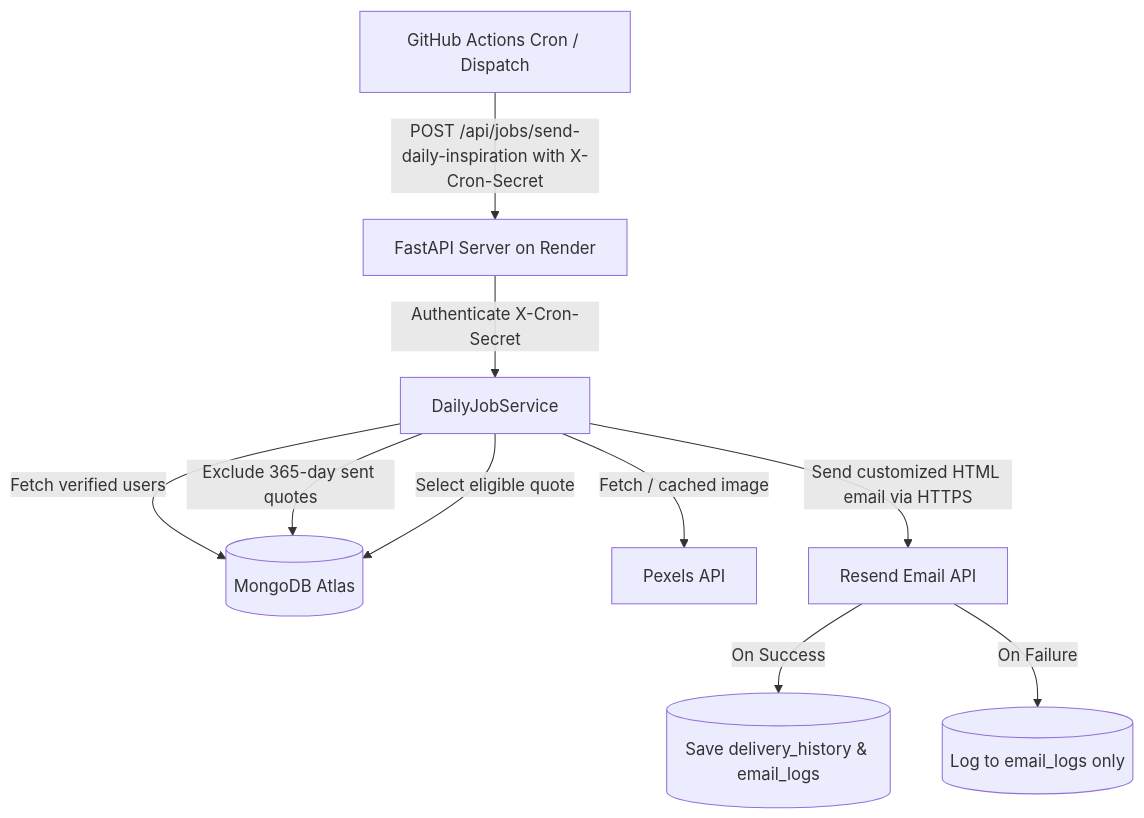
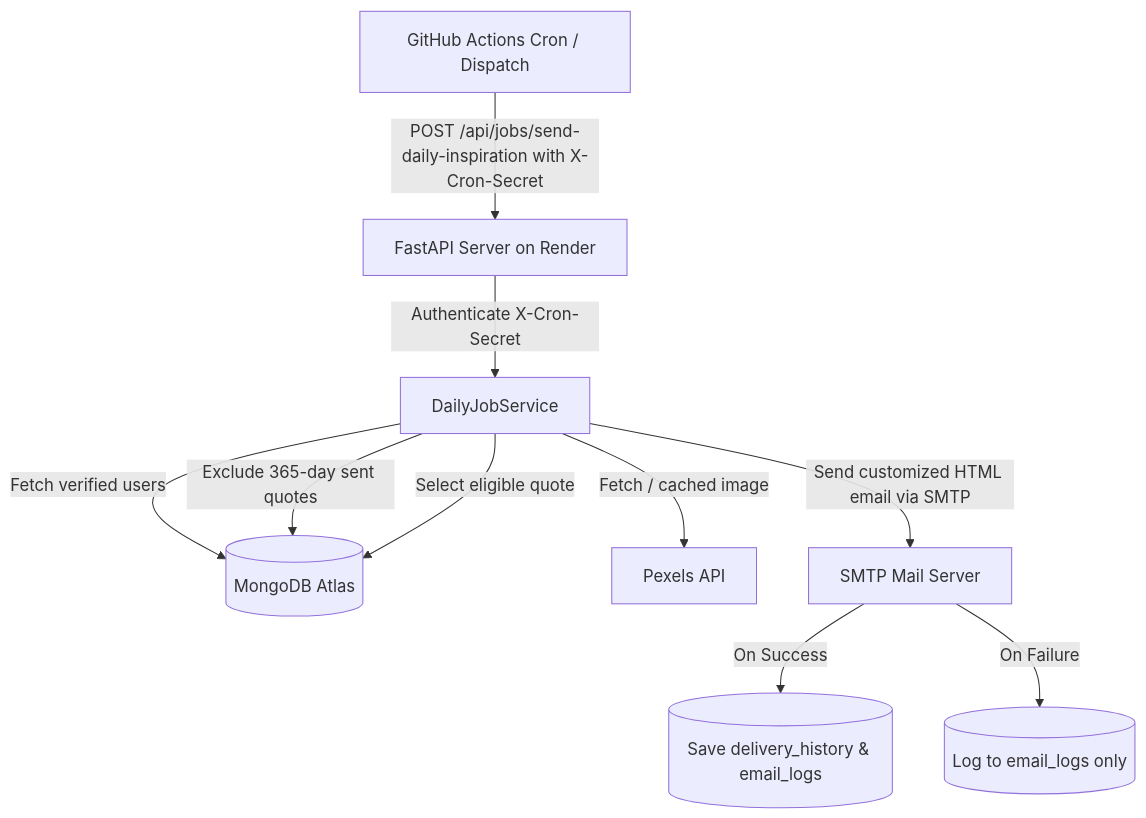
The diagram in README.md (yoganandansr99/QUOTE_EMAIL_SYSTEM), drawn with Mermaid before and after one commit. The commit also changed other lines of this file and 11 other files, not shown here.

````diff
--- a/README.md
+++ b/README.md
@@ -23,12 +23,12 @@
 ```mermaid
 flowchart TD
     GH[GitHub Actions Cron / Dispatch] -->|POST /api/jobs/send-daily-inspiration with X-Cron-Secret| API[FastAPI Server on Render]
     API -->|Authenticate X-Cron-Secret| JOB[DailyJobService]
     JOB -->|Fetch verified users| DB[(MongoDB Atlas)]
     JOB -->|Exclude 365-day sent quotes| DB
     JOB -->|Select eligible quote| DB
     JOB -->|Fetch / cached image| PEXELS[Pexels API]
-    JOB -->|Send customized HTML email via HTTPS| RESEND[Resend Email API]
-    RESEND -->|On Success| DH[(Save delivery_history & email_logs)]
-    RESEND -->|On Failure| EL[(Log to email_logs only)]
+    JOB -->|Send customized HTML email via SMTP| SMTP[SMTP Mail Server]
+    SMTP -->|On Success| DH[(Save delivery_history & email_logs)]
+    SMTP -->|On Failure| EL[(Log to email_logs only)]
 ```
````
